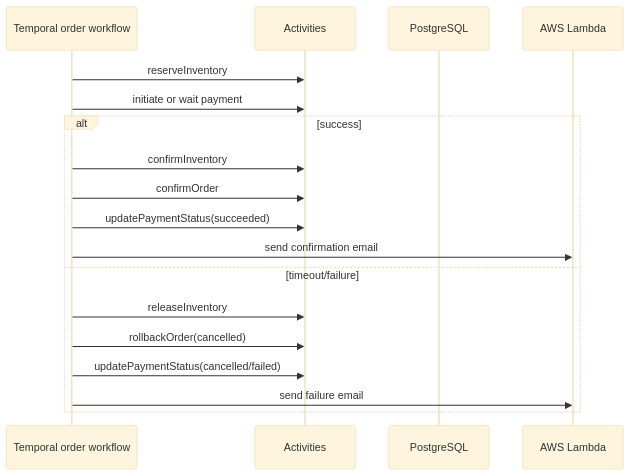
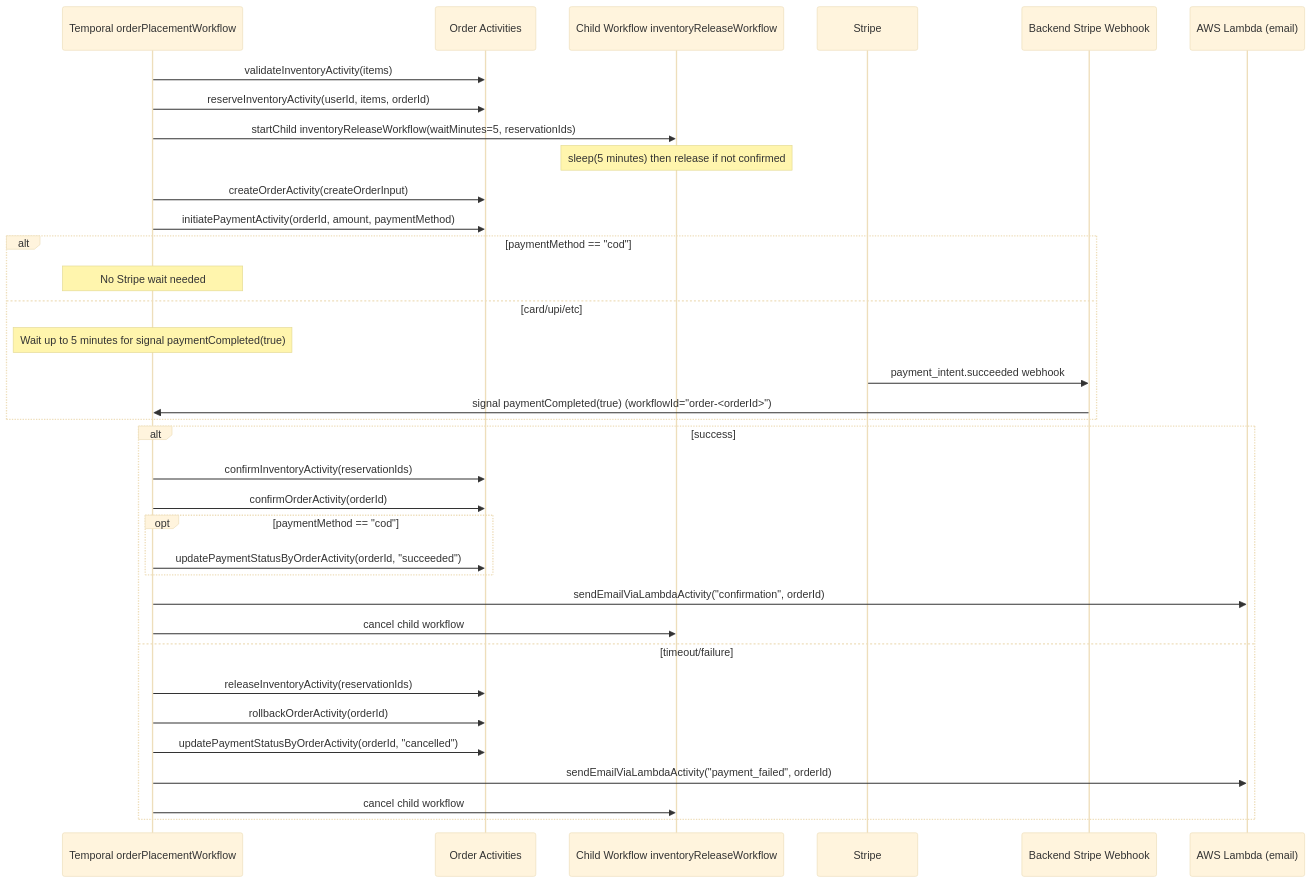
Before and after one commit to 007abishek/react-frontend: the ninth of 10 diagrams in SEQUENCE_DIAGRAMS.md, drawn with Mermaid (base theme). The commit also changed other lines of this file and 4 other files, not shown here.

````diff
--- a/SEQUENCE_DIAGRAMS.md
+++ b/SEQUENCE_DIAGRAMS.md
@@ -225,22 +226,41 @@
 ```mermaid
 sequenceDiagram
-  participant T as Temporal order workflow
-  participant A as Activities
-  participant DB as PostgreSQL
-  participant L as AWS Lambda
+  participant T as Temporal orderPlacementWorkflow
+  participant OA as Order Activities
+  participant IR as Child Workflow inventoryReleaseWorkflow
+  participant S as Stripe
+  participant WH as Backend Stripe Webhook
+  participant L as AWS Lambda (email)
 
-  T->>A: reserveInventory
-  T->>A: initiate or wait payment
+  T->>OA: validateInventoryActivity(items)
+  T->>OA: reserveInventoryActivity(userId, items, orderId)
+  T->>IR: startChild inventoryReleaseWorkflow(waitMinutes=5, reservationIds)
+  Note over IR: sleep(5 minutes) then release if not confirmed
+
+  T->>OA: createOrderActivity(createOrderInput)
+  T->>OA: initiatePaymentActivity(orderId, amount, paymentMethod)
+
+  alt paymentMethod == "cod"
+    Note over T: No Stripe wait needed
+  else card/upi/etc
+    Note over T: Wait up to 5 minutes for signal paymentCompleted(true)
+    S->>WH: payment_intent.succeeded webhook
+    WH->>T: signal paymentCompleted(true) (workflowId="order-<orderId>")
+  end
 
   alt success
-    T->>A: confirmInventory
-    T->>A: confirmOrder
-    T->>A: updatePaymentStatus(succeeded)
-    T->>L: send confirmation email
+    T->>OA: confirmInventoryActivity(reservationIds)
+    T->>OA: confirmOrderActivity(orderId)
+    opt paymentMethod == "cod"
+      T->>OA: updatePaymentStatusByOrderActivity(orderId, "succeeded")
+    end
+    T->>L: sendEmailViaLambdaActivity("confirmation", orderId)
+    T->>IR: cancel child workflow
   else timeout/failure
-    T->>A: releaseInventory
-    T->>A: rollbackOrder(cancelled)
-    T->>A: updatePaymentStatus(cancelled/failed)
-    T->>L: send failure email
+    T->>OA: releaseInventoryActivity(reservationIds)
+    T->>OA: rollbackOrderActivity(orderId)
+    T->>OA: updatePaymentStatusByOrderActivity(orderId, "cancelled")
+    T->>L: sendEmailViaLambdaActivity("payment_failed", orderId)
+    T->>IR: cancel child workflow
   end
 ```
````
